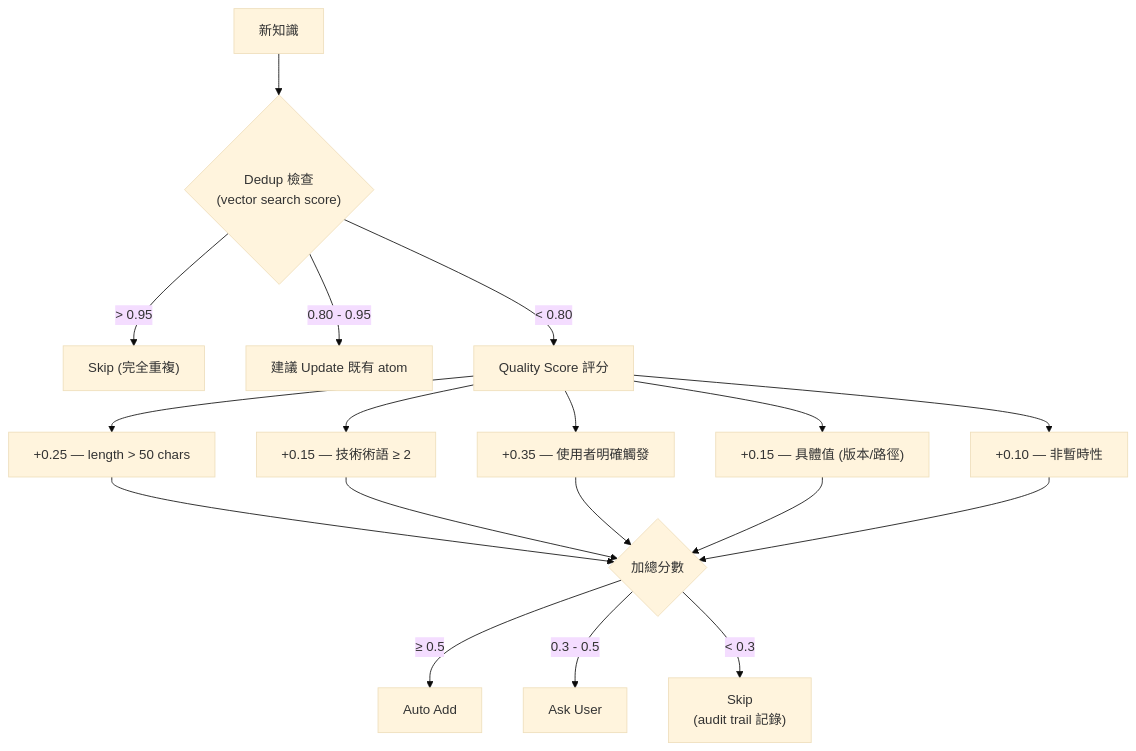
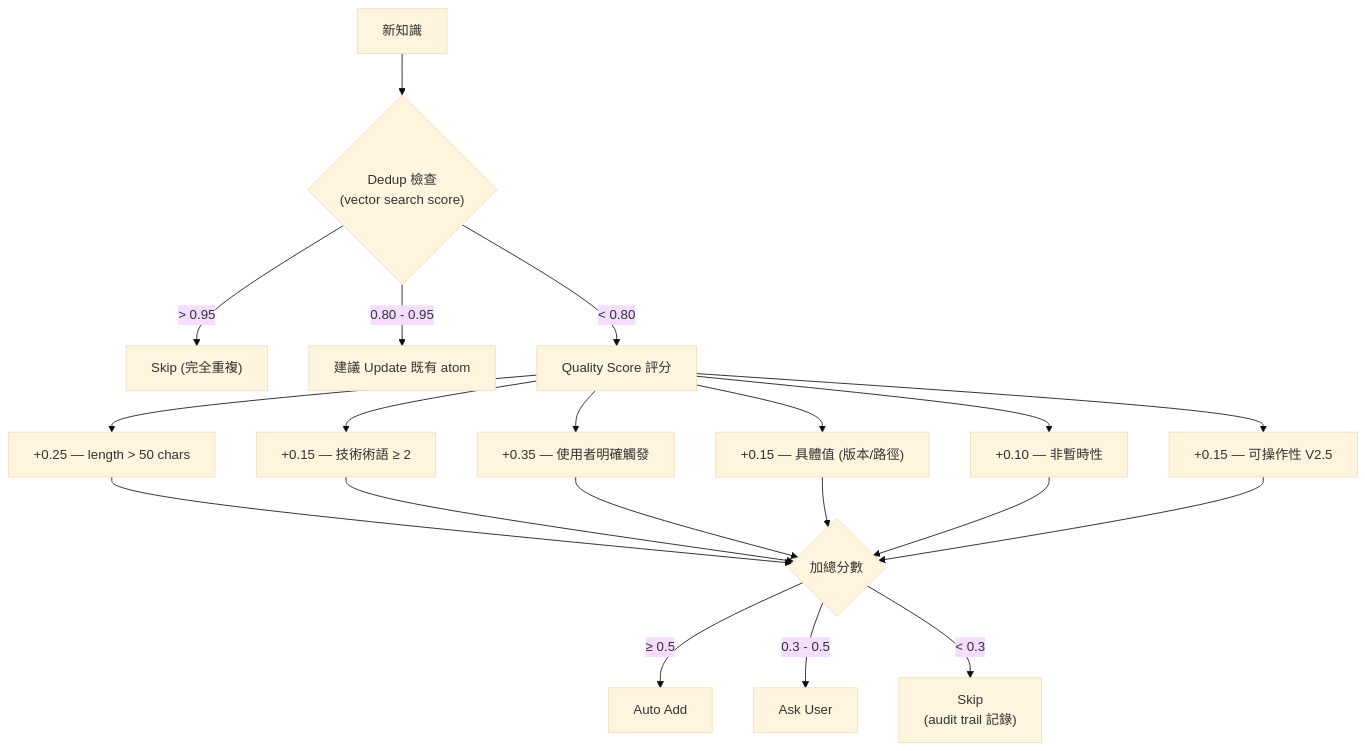
Before and after one commit to wellstseng/MyClaudeCode-.claude: the fourth of 5 diagrams in README.md, drawn with Mermaid (base theme). The commit also changed other lines of this file and 4 other files, not shown here.

````diff
--- a/README.md
+++ b/README.md
@@ -284,18 +284,19 @@
 ```mermaid
 flowchart TD
     NK["新知識"] --> DD{"Dedup 檢查<br/>(vector search score)"}
     DD -- "> 0.95" --> SKIP1["Skip (完全重複)"]
     DD -- "0.80 - 0.95" --> UPD["建議 Update 既有 atom"]
     DD -- "< 0.80" --> QS["Quality Score 評分"]
 
     QS --> S1["+0.25 — length > 50 chars"]
     QS --> S2["+0.15 — 技術術語 ≥ 2"]
     QS --> S3["+0.35 — 使用者明確觸發"]
     QS --> S4["+0.15 — 具體值 (版本/路徑)"]
     QS --> S5["+0.10 — 非暫時性"]
+    QS --> S6["+0.15 — 可操作性 V2.5"]
 
-    S1 & S2 & S3 & S4 & S5 --> DEC{"加總分數"}
+    S1 & S2 & S3 & S4 & S5 & S6 --> DEC{"加總分數"}
     DEC -- "≥ 0.5" --> ADD["Auto Add"]
     DEC -- "0.3 - 0.5" --> ASK["Ask User"]
     DEC -- "< 0.3" --> SKIP2["Skip<br/>(audit trail 記錄)"]
 ```
````
